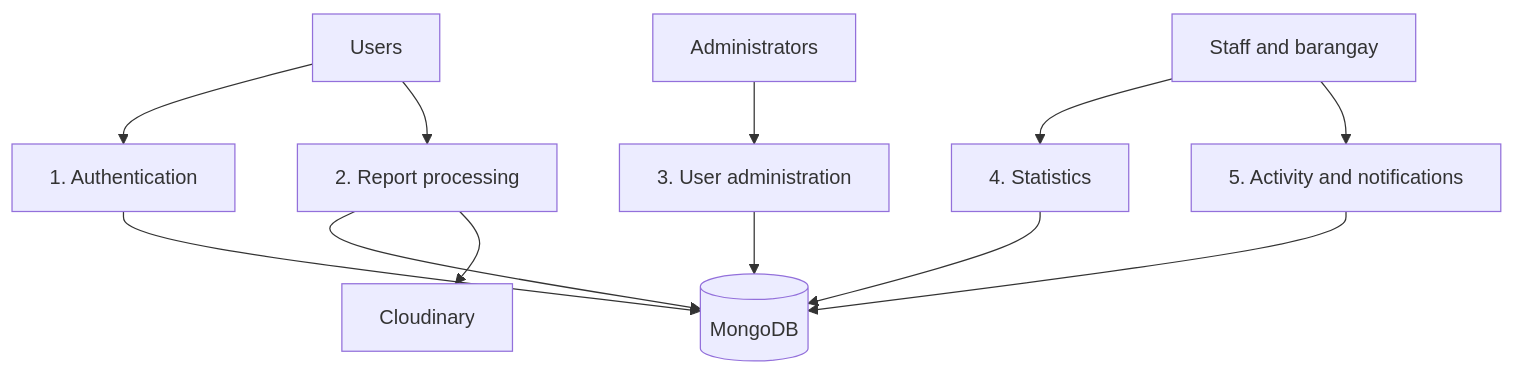
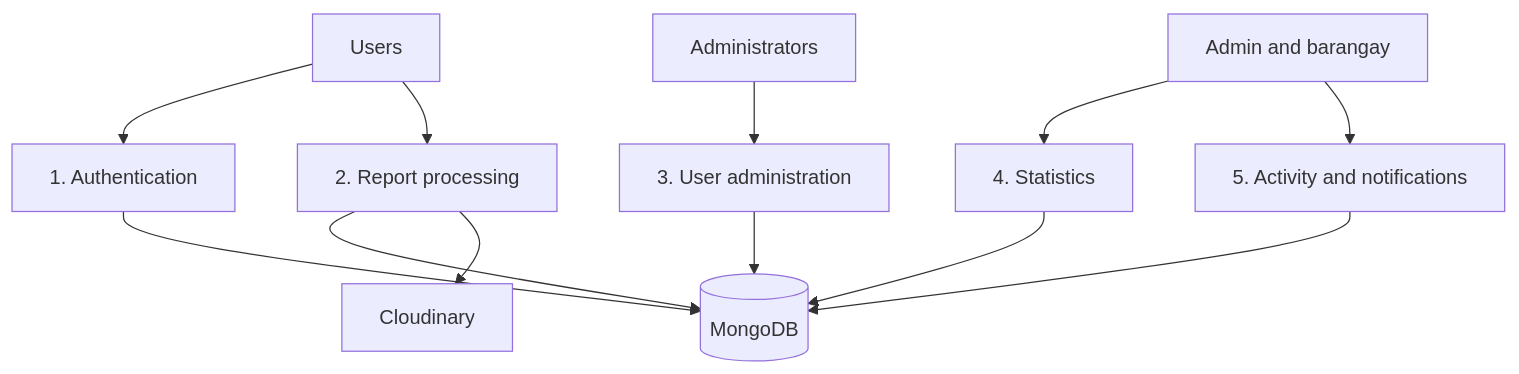
One commit to ImEmer/hazardwatch-dagupan changed the third of 5 diagrams in docs/architecture.md. Above: the diagram before and after it, drawn with Mermaid. The commit also changed other lines of this file and 39 other files, not shown here.

````diff
--- a/docs/architecture.md
+++ b/docs/architecture.md
@@ -32,14 +32,14 @@
 ```mermaid
 flowchart TB
   User[Users] --> Auth[1. Authentication]
   User --> Reports[2. Report processing]
   Admin[Administrators] --> Users[3. User administration]
-  Staff[Staff and barangay] --> Stats[4. Statistics]
-  Staff --> Activity[5. Activity and notifications]
+  Operators[Admin and barangay] --> Stats[4. Statistics]
+  Operators --> Activity[5. Activity and notifications]
   Auth --> DB[(MongoDB)]
   Reports --> DB
   Users --> DB
   Stats --> DB
   Activity --> DB
   Reports --> Media[Cloudinary]
 ```
````
